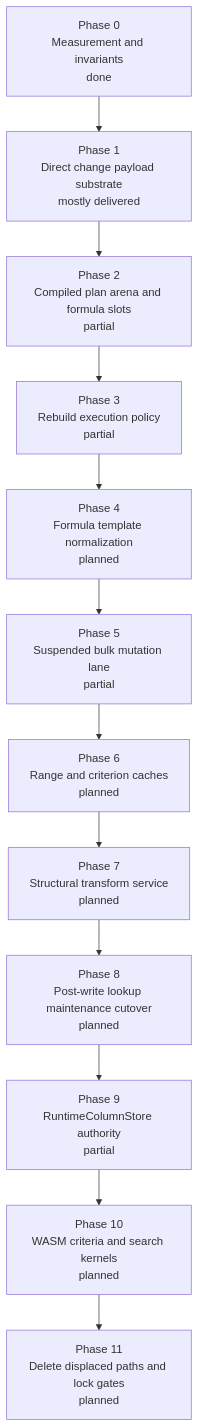
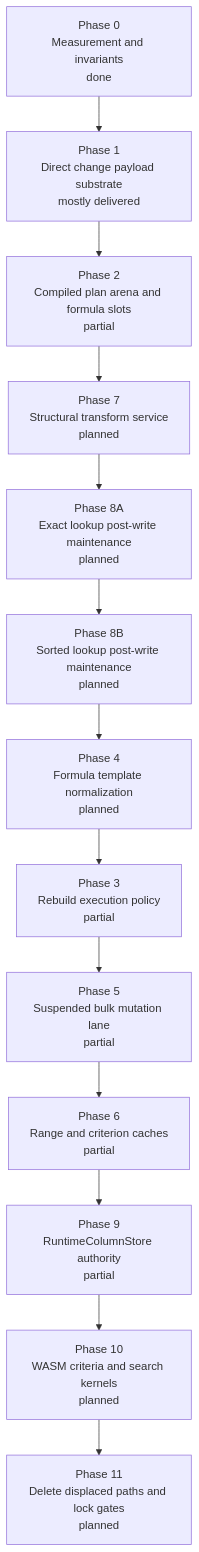
The first of 2 diagrams in docs/workpaper-ultra-performance-engine-delivery-2026-04-12.md (proompteng/bilig), drawn with Mermaid before and after one commit. The commit also changed other lines of this file and 16 other files, not shown here.

````diff
--- a/docs/workpaper-ultra-performance-engine-delivery-2026-04-12.md
+++ b/docs/workpaper-ultra-performance-engine-delivery-2026-04-12.md
@@ -108,14 +139,15 @@
 ```mermaid
 flowchart TD
   P0["Phase 0<br/>Measurement and invariants<br/>done"] --> P1["Phase 1<br/>Direct change payload substrate<br/>mostly delivered"]
   P1 --> P2["Phase 2<br/>Compiled plan arena and formula slots<br/>partial"]
-  P2 --> P3["Phase 3<br/>Rebuild execution policy<br/>partial"]
-  P3 --> P4["Phase 4<br/>Formula template normalization<br/>planned"]
-  P4 --> P5["Phase 5<br/>Suspended bulk mutation lane<br/>partial"]
-  P5 --> P6["Phase 6<br/>Range and criterion caches<br/>planned"]
-  P6 --> P7["Phase 7<br/>Structural transform service<br/>planned"]
-  P7 --> P8["Phase 8<br/>Post-write lookup maintenance cutover<br/>planned"]
-  P8 --> P9["Phase 9<br/>RuntimeColumnStore authority<br/>partial"]
+  P2 --> P7["Phase 7<br/>Structural transform service<br/>planned"]
+  P7 --> P8A["Phase 8A<br/>Exact lookup post-write maintenance<br/>planned"]
+  P8A --> P8B["Phase 8B<br/>Sorted lookup post-write maintenance<br/>planned"]
+  P8B --> P4["Phase 4<br/>Formula template normalization<br/>planned"]
+  P4 --> P3["Phase 3<br/>Rebuild execution policy<br/>partial"]
+  P3 --> P5["Phase 5<br/>Suspended bulk mutation lane<br/>partial"]
+  P5 --> P6["Phase 6<br/>Range and criterion caches<br/>partial"]
+  P6 --> P9["Phase 9<br/>RuntimeColumnStore authority<br/>partial"]
   P9 --> P10["Phase 10<br/>WASM criteria and search kernels<br/>planned"]
   P10 --> P11["Phase 11<br/>Delete displaced paths and lock gates<br/>planned"]
 ```
````
